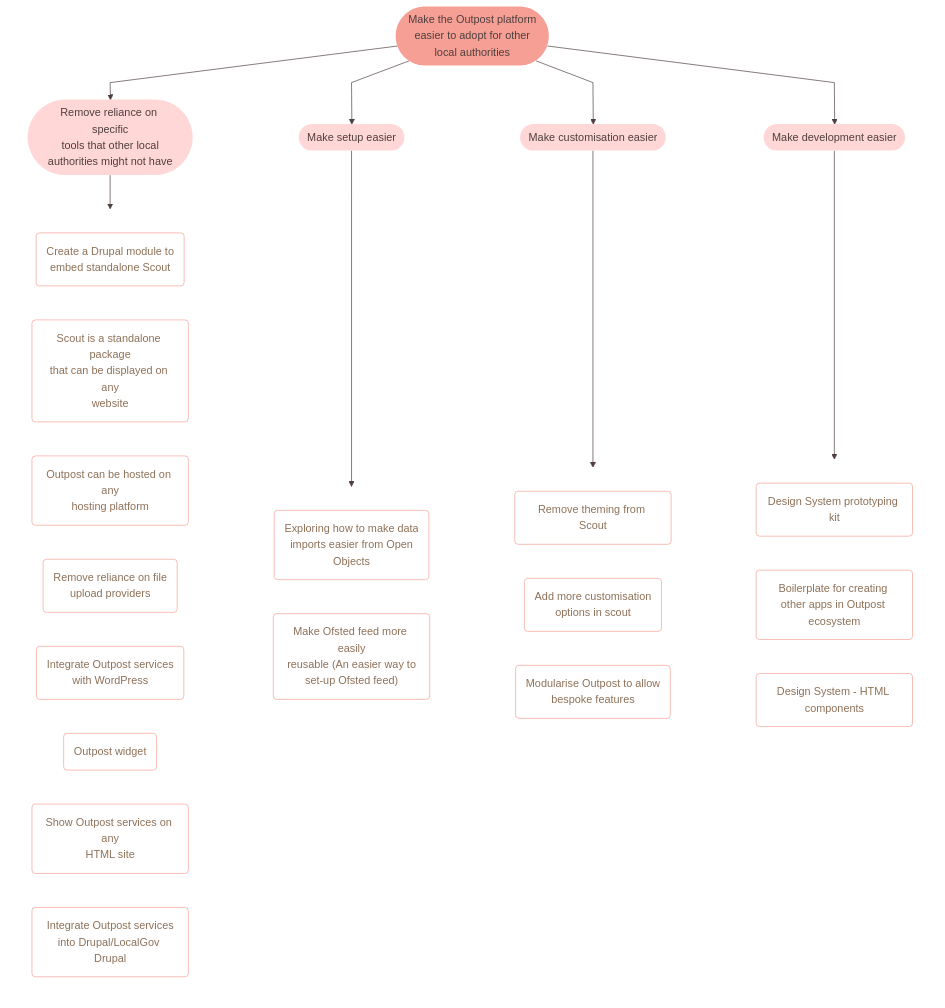
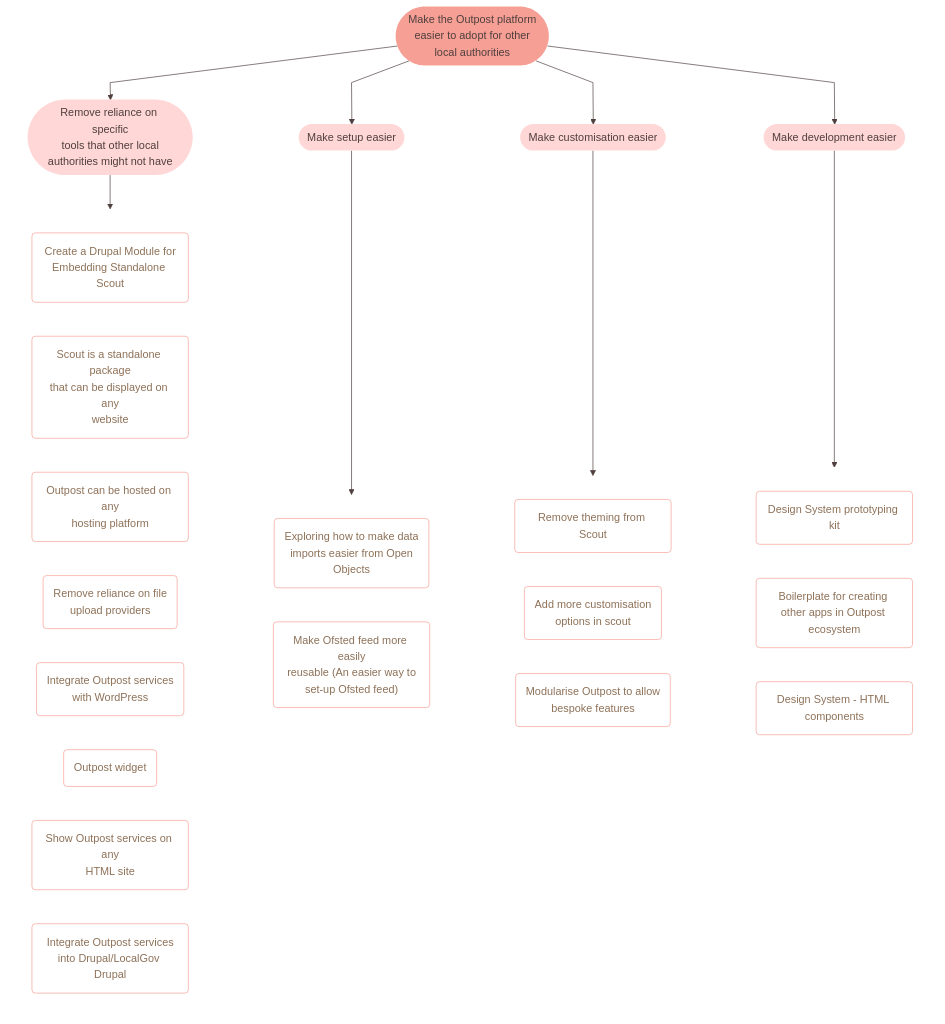
One commit to wearefuturegov/Outpost-Platform changed the first of 6 diagrams in create-roadmap/ROADMAP.md. Above: the diagram before and after it, drawn with Mermaid. The commit also changed other lines of this file and 1 other file, not shown here.

Commit message:
update to the roadmap

```diff
--- a/create-roadmap/ROADMAP.md
+++ b/create-roadmap/ROADMAP.md
@@ -40,7 +40,7 @@
         %% 1.1~ Remove reliance on tools others may not have - tasks
 
     subgraph RemoveRelianceOnToolsTasks[ ]
-     RemoveRelianceOnToolsTask0("Create a Drupal module to<br />embed standalone Scout<br />"):::EasierToAdoptTasks
+     RemoveRelianceOnToolsTask0("Create a Drupal Module for<br />Embedding Standalone Scout<br />"):::EasierToAdoptTasks
      click RemoveRelianceOnToolsTask0 href "https://github.com/wearefuturegov/Outpost-Platform/issues/85"
      RemoveRelianceOnToolsTask1("Scout is a standalone package<br />that can be displayed on any<br />website<br />"):::EasierToAdoptTasks
      click RemoveRelianceOnToolsTask1 href "https://github.com/wearefuturegov/Outpost-Platform/issues/84"
```
